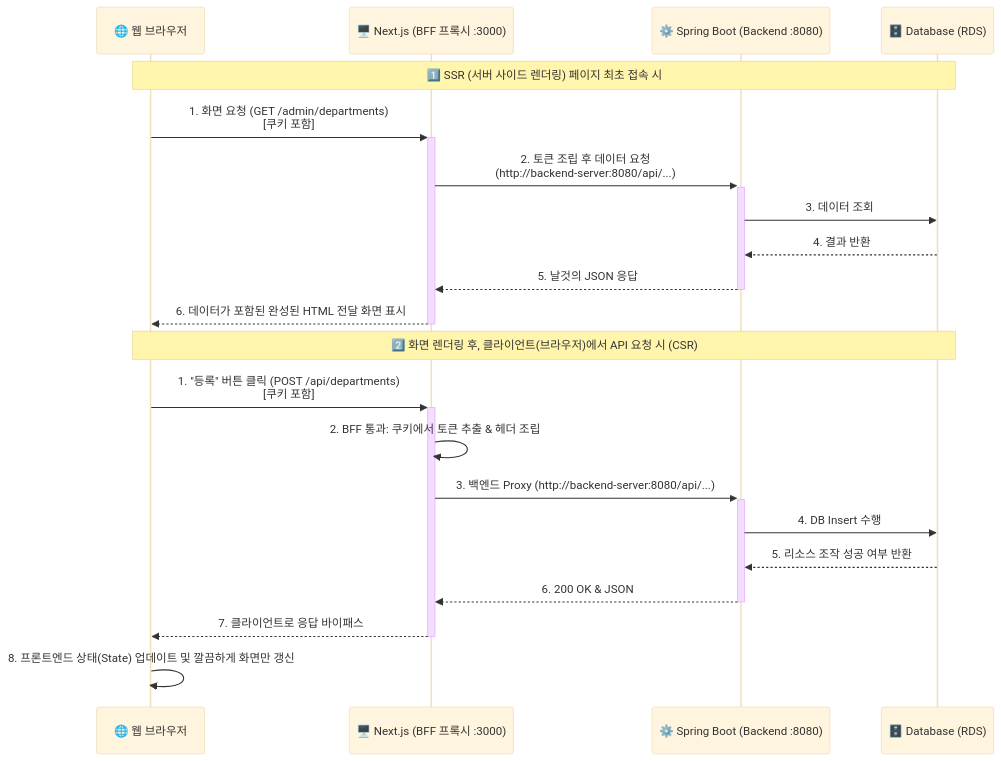
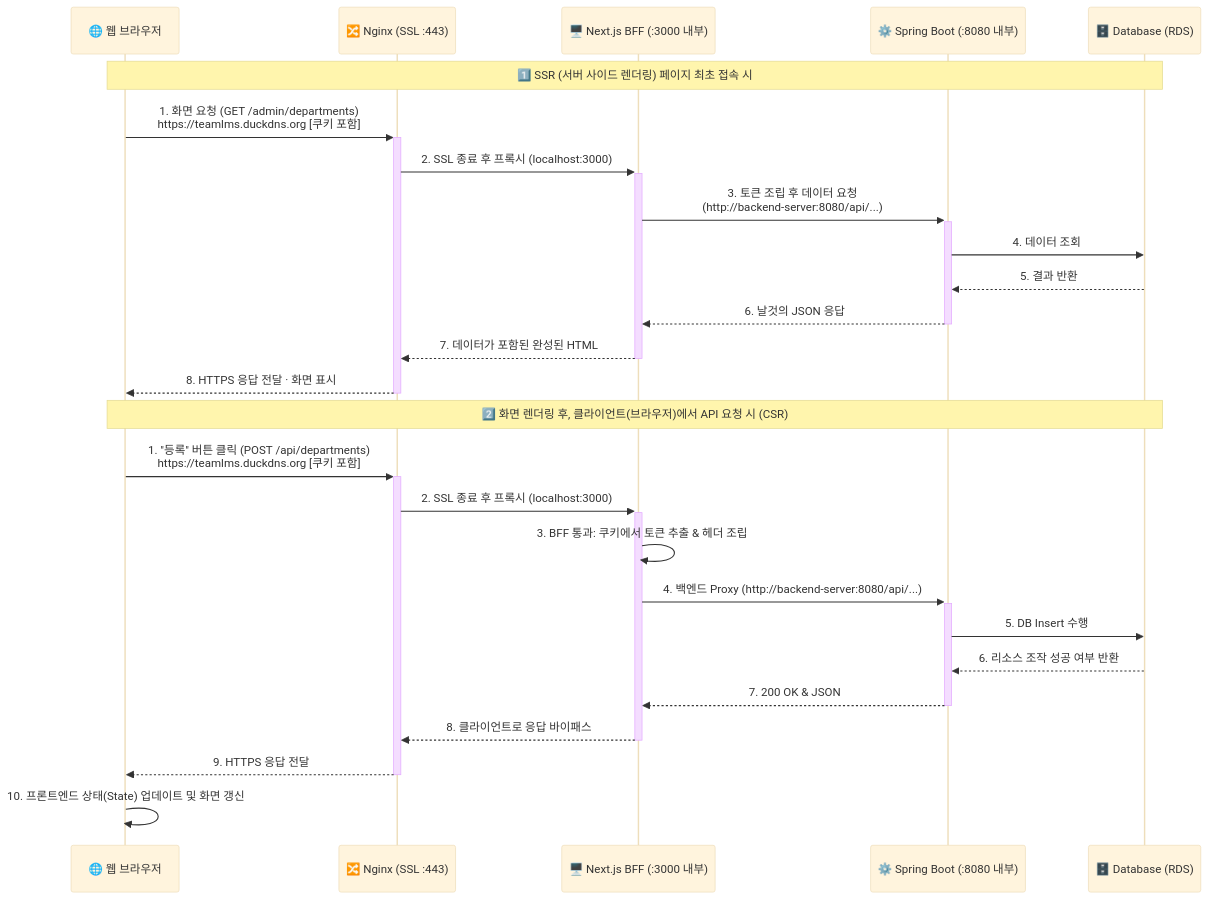
One commit to team-lms-2026-1/LMS-project changed the second of 2 diagrams in infra/ec2_architecture.md. Above: the diagram before and after it, drawn with Mermaid (base theme). The commit also changed other lines of this file, not shown here.

````diff
--- a/infra/ec2_architecture.md
+++ b/infra/ec2_architecture.md
@@ -168,25 +179,30 @@
 ```mermaid
 sequenceDiagram
     participant Browser as 🌐 웹 브라우저
-    participant FE as 🖥️ Next.js (BFF 프록시 :3000)
-    participant BE as ⚙️ Spring Boot (Backend :8080)
+    participant NGINX as 🔀 Nginx (SSL :443)
+    participant FE as 🖥️ Next.js BFF (:3000 내부)
+    participant BE as ⚙️ Spring Boot (:8080 내부)
     participant DB as 🗄️ Database (RDS)
 
     Note over Browser, DB: 1️⃣ SSR (서버 사이드 렌더링) 페이지 최초 접속 시
-    Browser->>+FE: 1. 화면 요청 (GET /admin/departments)<br/>[쿠키 포함]
-    FE->>+BE: 2. 토큰 조립 후 데이터 요청<br/>(http://backend-server:8080/api/...)
-    BE->>DB: 3. 데이터 조회
-    DB-->>BE: 4. 결과 반환
-    BE-->>-FE: 5. 날것의 JSON 응답
-    FE-->>-Browser: 6. 데이터가 포함된 완성된 HTML 전달 화면 표시
+    Browser->>+NGINX: 1. 화면 요청 (GET /admin/departments)<br/>https://teamlms.duckdns.org [쿠키 포함]
+    NGINX->>+FE: 2. SSL 종료 후 프록시 (localhost:3000)
+    FE->>+BE: 3. 토큰 조립 후 데이터 요청<br/>(http://backend-server:8080/api/...)
+    BE->>DB: 4. 데이터 조회
+    DB-->>BE: 5. 결과 반환
+    BE-->>-FE: 6. 날것의 JSON 응답
+    FE-->>-NGINX: 7. 데이터가 포함된 완성된 HTML
+    NGINX-->>-Browser: 8. HTTPS 응답 전달 · 화면 표시
 
     Note over Browser, DB: 2️⃣ 화면 렌더링 후, 클라이언트(브라우저)에서 API 요청 시 (CSR)
-    Browser->>+FE: 1. "등록" 버튼 클릭 (POST /api/departments)<br/>[쿠키 포함]
-    FE->>FE: 2. BFF 통과: 쿠키에서 토큰 추출 & 헤더 조립
-    FE->>+BE: 3. 백엔드 Proxy (http://backend-server:8080/api/...)
-    BE->>DB: 4. DB Insert 수행
-    DB-->>BE: 5. 리소스 조작 성공 여부 반환
-    BE-->>-FE: 6. 200 OK & JSON
-    FE-->>-Browser: 7. 클라이언트로 응답 바이패스
-    Browser->>Browser: 8. 프론트엔드 상태(State) 업데이트 및 깔끔하게 화면만 갱신
+    Browser->>+NGINX: 1. "등록" 버튼 클릭 (POST /api/departments)<br/>https://teamlms.duckdns.org [쿠키 포함]
+    NGINX->>+FE: 2. SSL 종료 후 프록시 (localhost:3000)
+    FE->>FE: 3. BFF 통과: 쿠키에서 토큰 추출 & 헤더 조립
+    FE->>+BE: 4. 백엔드 Proxy (http://backend-server:8080/api/...)
+    BE->>DB: 5. DB Insert 수행
+    DB-->>BE: 6. 리소스 조작 성공 여부 반환
+    BE-->>-FE: 7. 200 OK & JSON
+    FE-->>-NGINX: 8. 클라이언트로 응답 바이패스
+    NGINX-->>-Browser: 9. HTTPS 응답 전달
+    Browser->>Browser: 10. 프론트엔드 상태(State) 업데이트 및 화면 갱신
 ```
````
